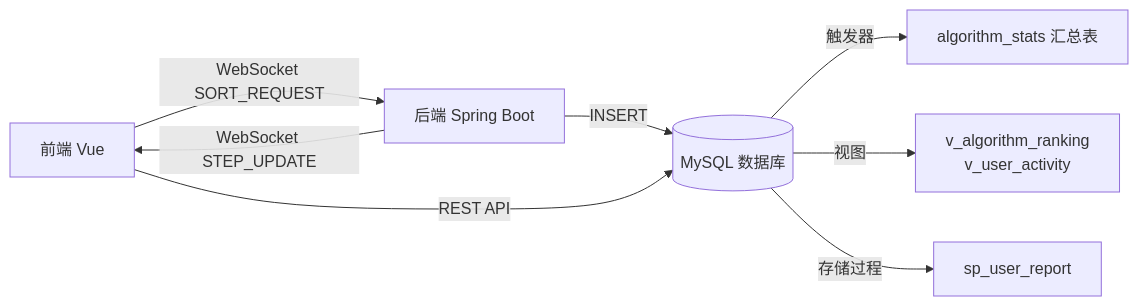
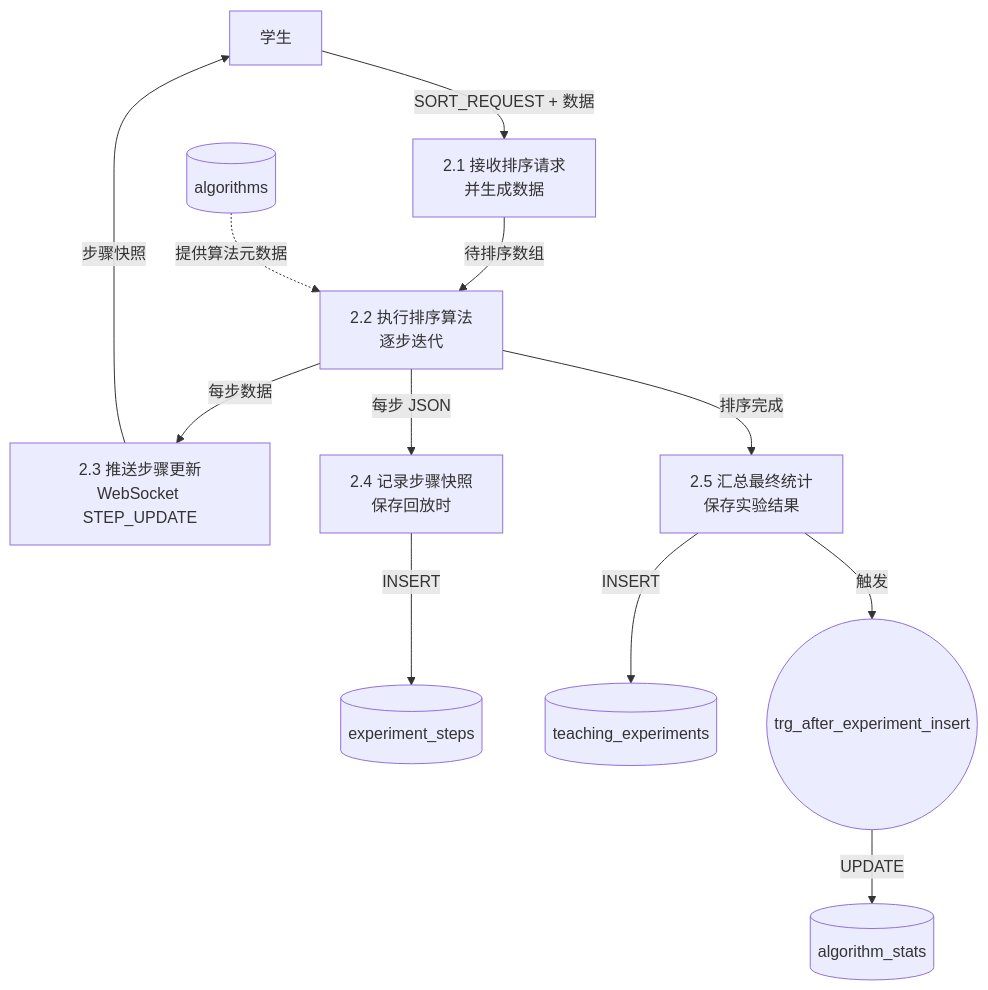
Before and after one commit to zhanzhan702/SortingAlgorithmVisualizationSystem: the third of 7 diagrams in 数据库课设文档.md, drawn with Mermaid. The commit also changed other lines of this file, not shown here.

Commit message:
docs: 数据流图补充顶层图、0层图和1层图（教学实验处理细化）

````diff
--- a/数据库课设文档.md
+++ b/数据库课设文档.md
@@ -25,10 +102,19 @@
 ```mermaid
-flowchart LR
-    A[前端 Vue] -->|WebSocket SORT_REQUEST| B[后端 Spring Boot]
-    B -->|WebSocket STEP_UPDATE| A
-    B -->|INSERT| C[(MySQL 数据库)]
-    C -->|触发器| D[algorithm_stats 汇总表]
-    C -->|视图| E[v_algorithm_ranking<br/>v_user_activity]
-    C -->|存储过程| F[sp_user_report]
-    A -->|REST API| C
+flowchart TB
+    U[学生] -->|SORT_REQUEST + 数据| P21[2.1 接收排序请求<br/>并生成数据]
+    P21 -->|待排序数组| P22[2.2 执行排序算法<br/>逐步迭代]
+
+    P22 -->|每步数据| P23[2.3 推送步骤更新<br/>WebSocket STEP_UPDATE]
+    P23 -->|步骤快照| U
+
+    P22 -->|每步 JSON| P24[2.4 记录步骤快照<br/>保存回放时]
+    P24 -->|INSERT| D4[(experiment_steps)]
+
+    P22 -->|排序完成| P25[2.5 汇总最终统计<br/>保存实验结果]
+    P25 -->|INSERT| D3[(teaching_experiments)]
+
+    P25 -->|触发| T1((trg_after_experiment_insert))
+    T1 -->|UPDATE| D7[(algorithm_stats)]
+
+    D2[(algorithms)] -.->|提供算法元数据| P22
 ```
````
